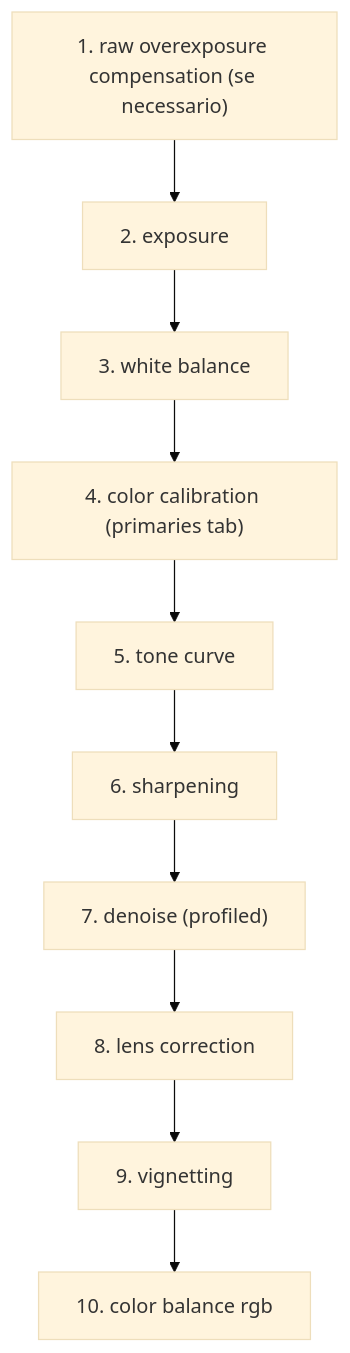
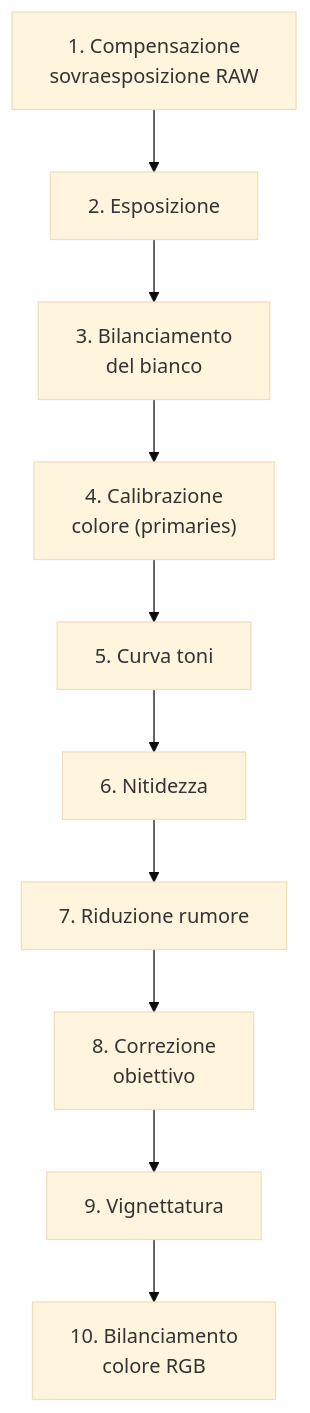
The diagram in docs/workshop/from-lightroom.md (lorenzoperone/darktable-docs), drawn with Mermaid (base theme) before and after one commit. The commit also changed 40 other files, not shown here.

First line of the commit message:
fix: reformatta diagrammi Mermaid — etichette brevi, break line, italiano

````diff
--- a/docs/workshop/from-lightroom.md
+++ b/docs/workshop/from-lightroom.md
@@ -16,13 +16,13 @@
 ```mermaid
 flowchart TD
-    A["1. raw overexposure compensation (se necessario)"]
-    --> B["2. exposure"]
-    --> C["3. white balance"]
-    --> D["4. color calibration (primaries tab)"]
-    --> E["5. tone curve"]
-    --> F["6. sharpening"]
-    --> G["7. denoise (profiled)"]
-    --> H["8. lens correction"]
-    --> I["9. vignetting"]
-    --> J["10. color balance rgb"]
+    A["1. Compensazione<br/>sovraesposizione RAW"]
+    --> B["2. Esposizione"]
+    --> C["3. Bilanciamento<br/>del bianco"]
+    --> D["4. Calibrazione<br/>colore (primaries)"]
+    --> E["5. Curva toni"]
+    --> F["6. Nitidezza"]
+    --> G["7. Riduzione rumore"]
+    --> H["8. Correzione<br/>obiettivo"]
+    --> I["9. Vignettatura"]
+    --> J["10. Bilanciamento<br/>colore RGB"]
 ```
````
